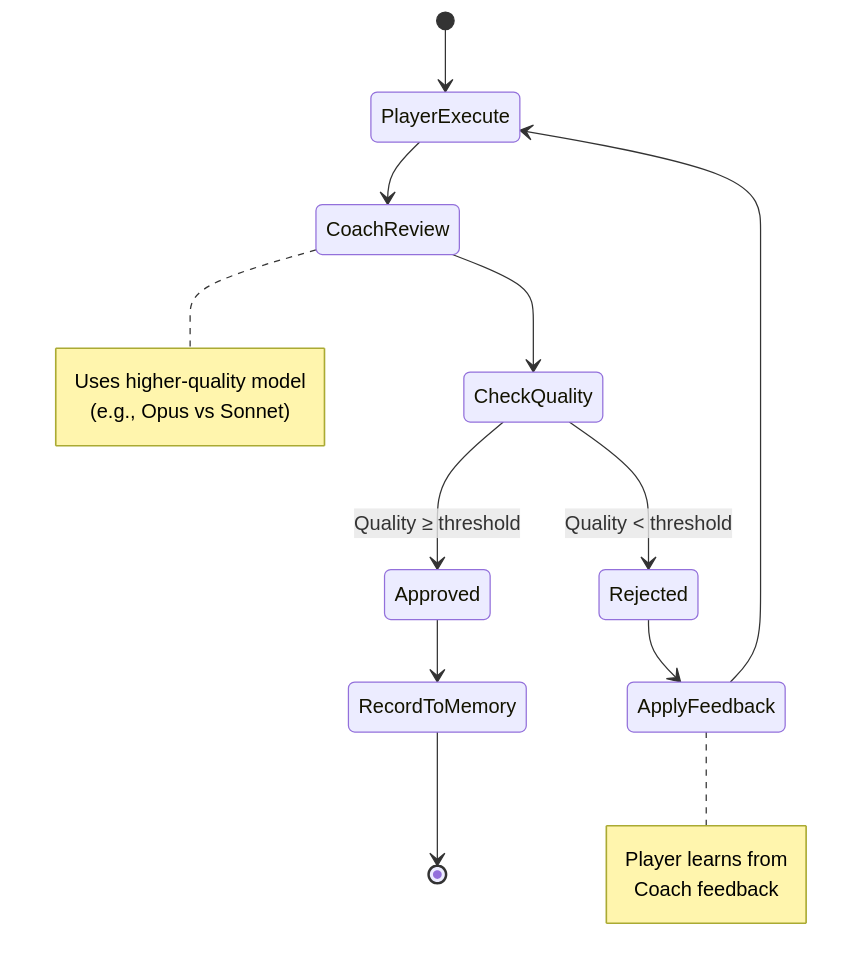
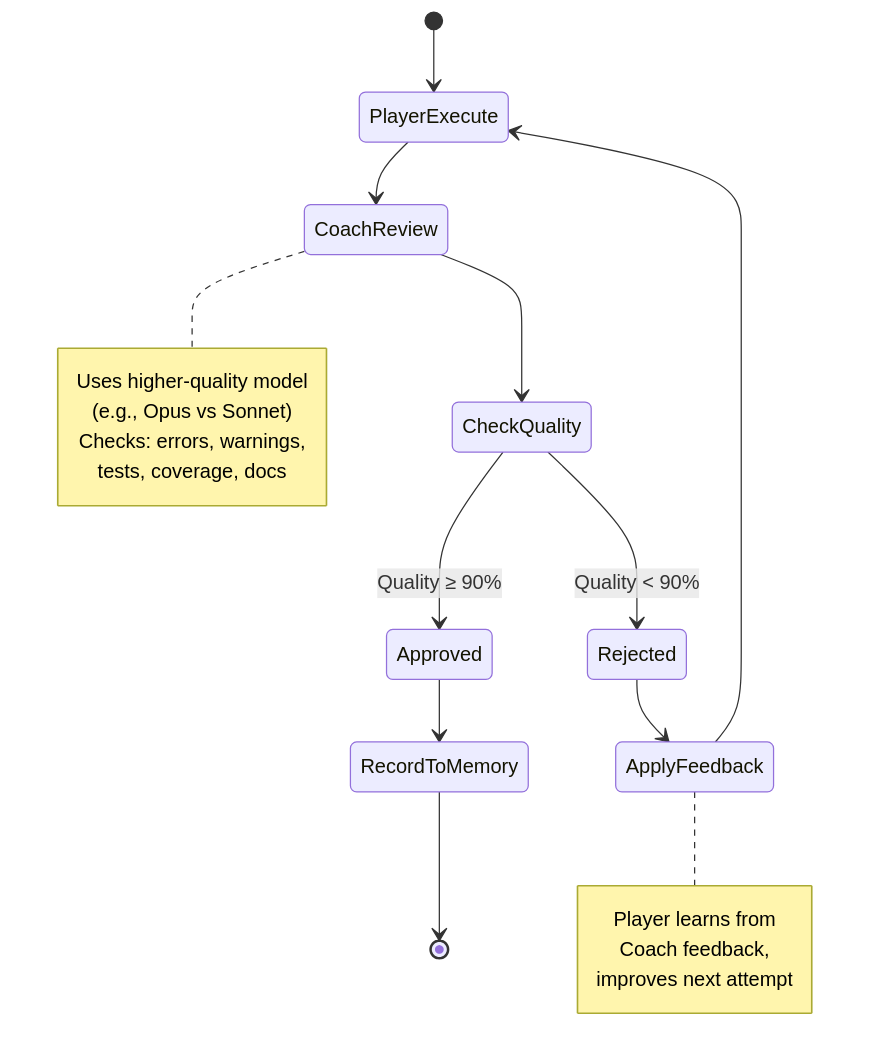
One commit to Ghenghis/Super-Goose changed the fifth of 8 diagrams in README.md. Above: the diagram before and after it, drawn with Mermaid. The commit also changed other lines of this file, not shown here.

````diff
--- a/README.md
+++ b/README.md
@@ -258,25 +376,28 @@
 ```mermaid
 stateDiagram-v2
     [*] --> PlayerExecute
     PlayerExecute --> CoachReview
 
     CoachReview --> CheckQuality
-    CheckQuality --> Approved: Quality ≥ threshold
-    CheckQuality --> Rejected: Quality < threshold
+    CheckQuality --> Approved: Quality ≥ 90%
+    CheckQuality --> Rejected: Quality < 90%
 
     Rejected --> ApplyFeedback
     ApplyFeedback --> PlayerExecute
 
     Approved --> RecordToMemory
     RecordToMemory --> [*]
 
     note right of CoachReview
         Uses higher-quality model
         (e.g., Opus vs Sonnet)
+        Checks: errors, warnings,
+        tests, coverage, docs
     end note
 
     note right of ApplyFeedback
         Player learns from
-        Coach feedback
+        Coach feedback,
+        improves next attempt
     end note
 ```
````
